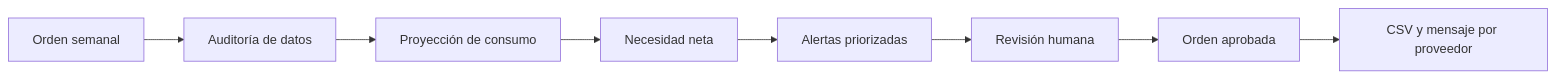
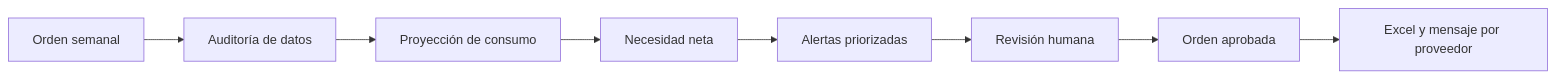
One commit to ESPINOSARICHARD/barrio-engine changed the first of 3 diagrams in README.md. Above: the diagram before and after it, drawn with Mermaid. The commit also changed other lines of this file and 10 other files, not shown here.

````diff
--- a/README.md
+++ b/README.md
@@ -34,10 +34,10 @@
 ```mermaid
 flowchart LR
     A[Orden semanal] --> B[Auditoría de datos]
     B --> C[Proyección de consumo]
     C --> D[Necesidad neta]
     D --> E[Alertas priorizadas]
     E --> F[Revisión humana]
     F --> G[Orden aprobada]
-    G --> H[CSV y mensaje por proveedor]
+    G --> H[Excel y mensaje por proveedor]
 ```
````
